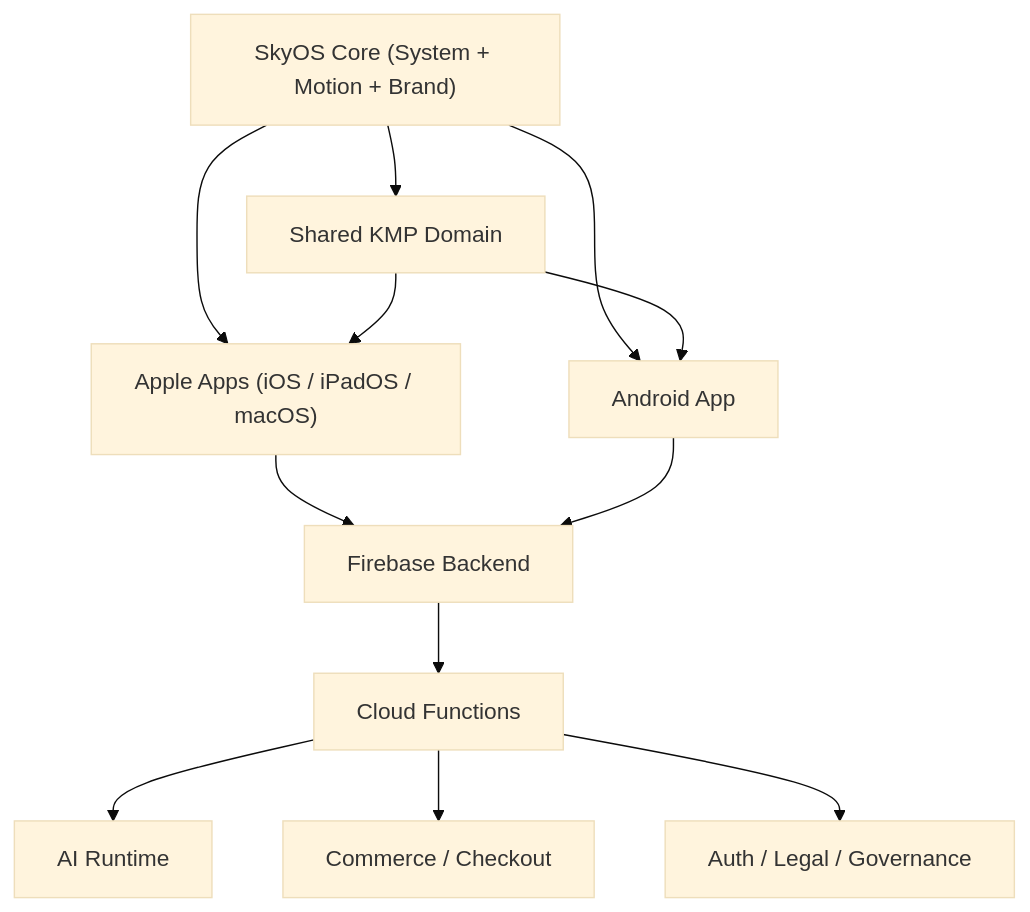
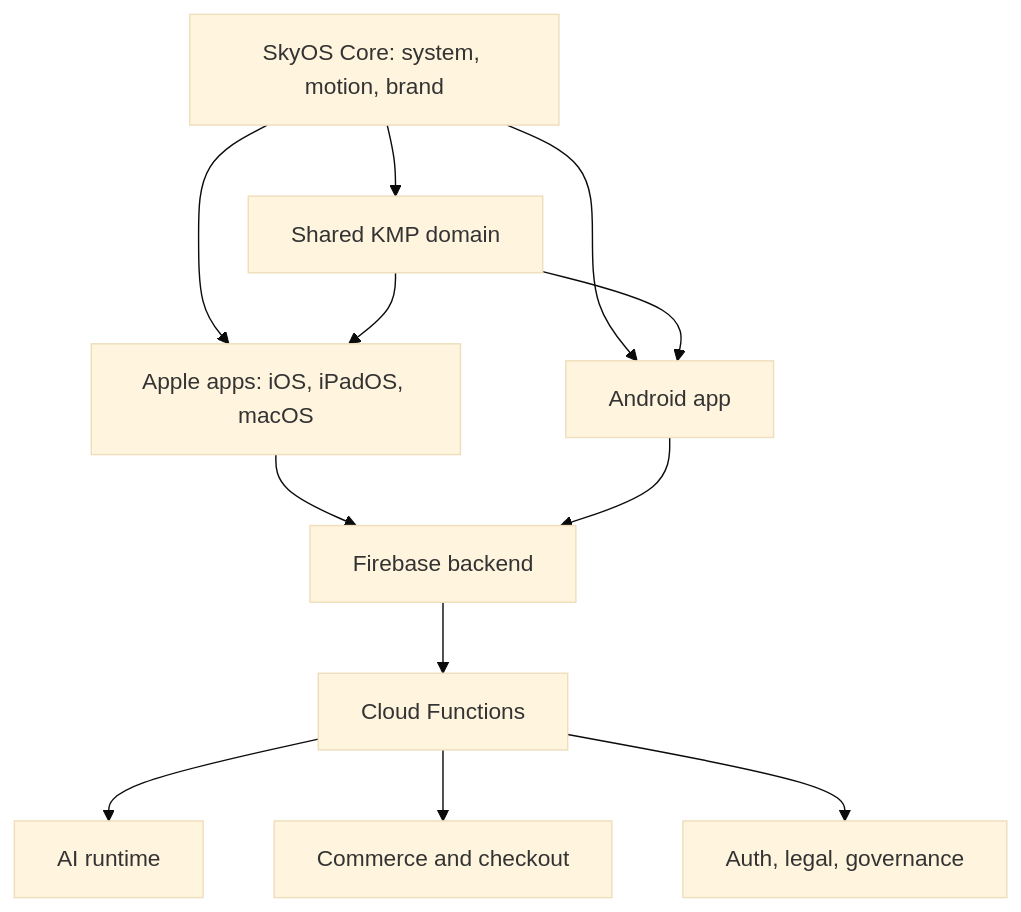
One commit to Yang-D-Nash/SkyOS-Readme-Public changed the diagram in README.md. Above: the diagram before and after it, drawn with Mermaid (base theme). The commit also changed other lines of this file, not shown here.

````diff
--- a/README.md
+++ b/README.md
@@ -111,15 +82,15 @@
 ```mermaid
 flowchart TB
-    skyos["SkyOS Core (System + Motion + Brand)"]
-    skyos --> ios["Apple Apps (iOS / iPadOS / macOS)"]
-    skyos --> android["Android App"]
-    skyos --> shared["Shared KMP Domain"]
-    ios --> firebase["Firebase Backend"]
+    skyos["SkyOS Core: system, motion, brand"]
+    skyos --> apple["Apple apps: iOS, iPadOS, macOS"]
+    skyos --> android["Android app"]
+    skyos --> shared["Shared KMP domain"]
+    apple --> firebase["Firebase backend"]
     android --> firebase
-    shared --> ios
+    shared --> apple
     shared --> android
     firebase --> functions["Cloud Functions"]
-    functions --> ai["AI Runtime"]
-    functions --> commerce["Commerce / Checkout"]
-    functions --> trust["Auth / Legal / Governance"]
+    functions --> ai["AI runtime"]
+    functions --> commerce["Commerce and checkout"]
+    functions --> trust["Auth, legal, governance"]
 ```
````
